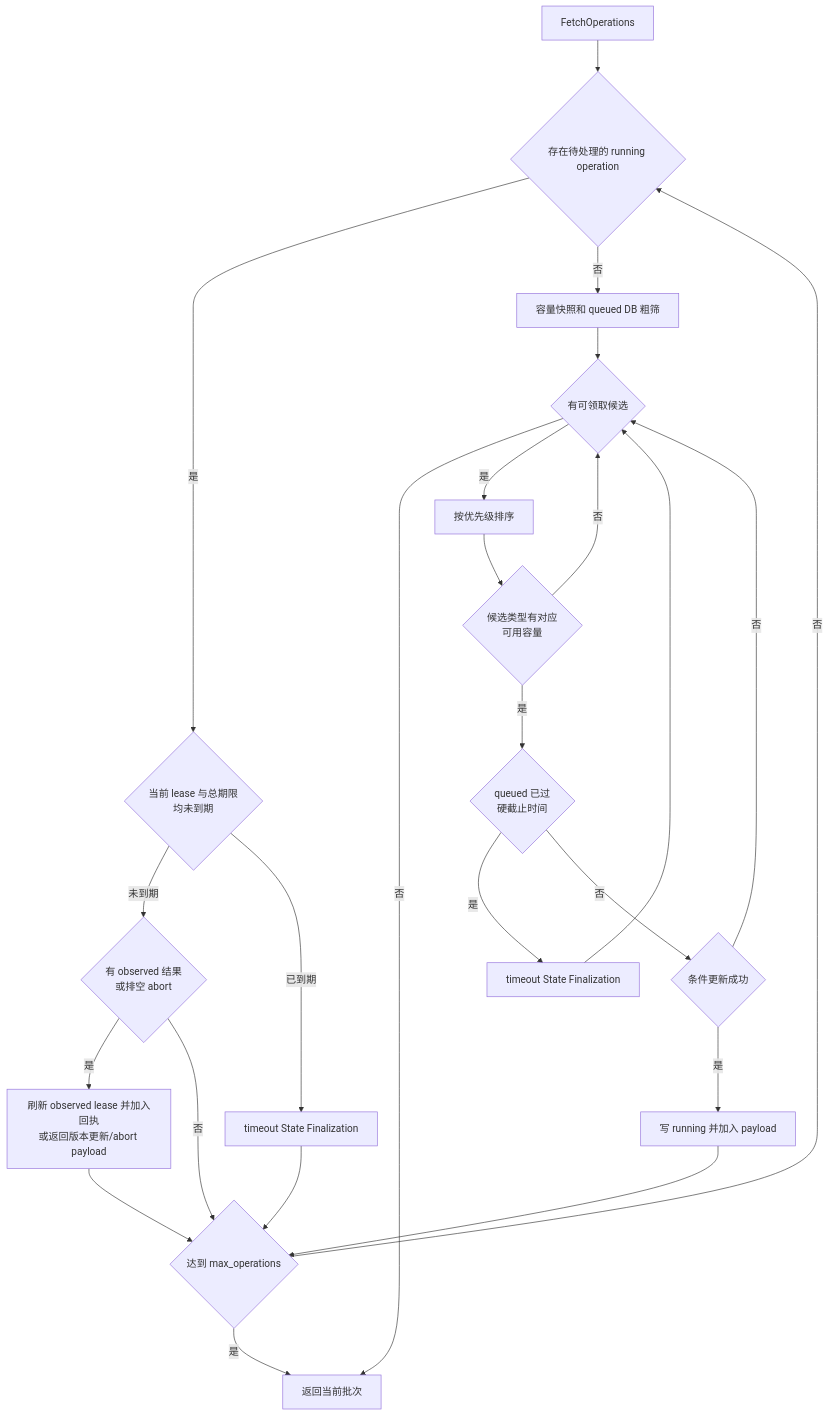
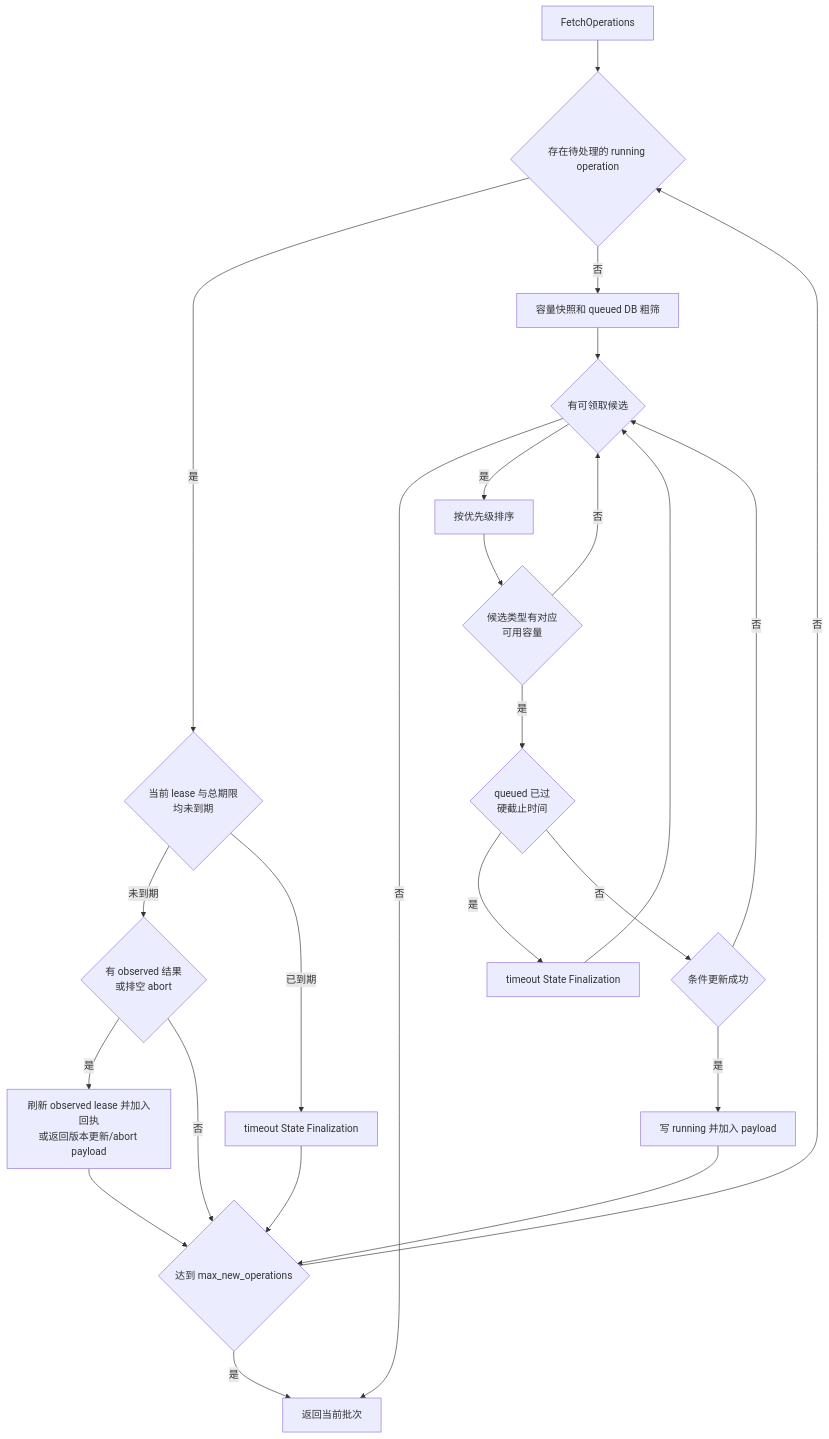
Before and after one commit to ExplodingDragon/gitea-dev: the third of 9 diagrams in src/state-machine.md, drawn with Mermaid. The commit also changed other lines of this file and 10 other files, not shown here.

````diff
--- a/src/state-machine.md
+++ b/src/state-machine.md
@@ -326,43 +328,43 @@
 ```mermaid
 flowchart TD
     fetch["FetchOperations"]
     recover{"存在待处理的 running operation"}
     runningDeadline{"当前 lease 与总期限<br/>均未到期"}
     runningAction{"有 observed 结果<br/>或排空 abort"}
     resend["刷新 observed lease 并加入回执<br/>或返回版本更新/abort payload"]
     runningTimeout["timeout State Finalization"]
-    limit{"达到 max_operations"}
+    limit{"达到 max_new_operations"}
     prepare["容量快照和 queued DB 粗筛"]
     filter{"有可领取候选"}
     sort["按优先级排序"]
     capacity{"候选类型有对应<br/>可用容量"}
     queuedDeadline{"queued 已过<br/>硬截止时间"}
     queuedTimeout["timeout State Finalization"]
     claim{"条件更新成功"}
     payload["写 running 并加入 payload"]
     done["返回当前批次"]
 
     fetch --> recover
     recover -- 是 --> runningDeadline
     runningDeadline -- 未到期 --> runningAction
     runningDeadline -- 已到期 --> runningTimeout
     runningAction -- 是 --> resend
     runningAction -- 否 --> limit
     resend --> limit
     runningTimeout --> limit
     recover -- 否 --> prepare
     limit -- 是 --> done
     limit -- 否 --> recover
     prepare --> filter
     filter -- 否 --> done
     filter -- 是 --> sort
     sort --> capacity
     capacity -- 否 --> filter
     capacity -- 是 --> queuedDeadline
     queuedDeadline -- 是 --> queuedTimeout
     queuedTimeout --> filter
     queuedDeadline -- 否 --> claim
     claim -- 否 --> filter
     claim -- 是 --> payload
     payload --> limit
 ```
````
